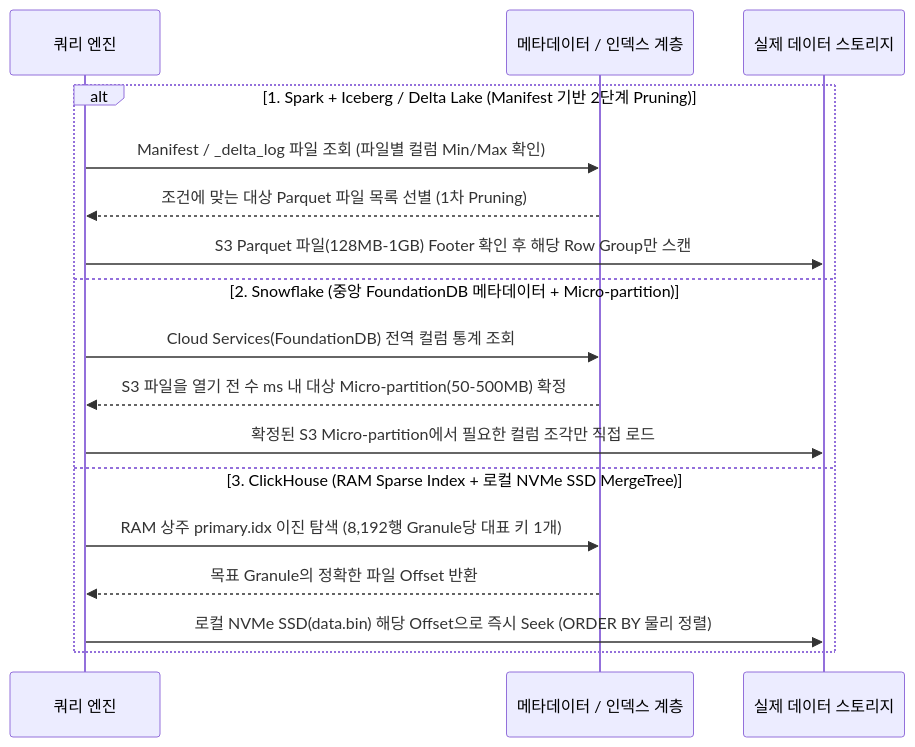
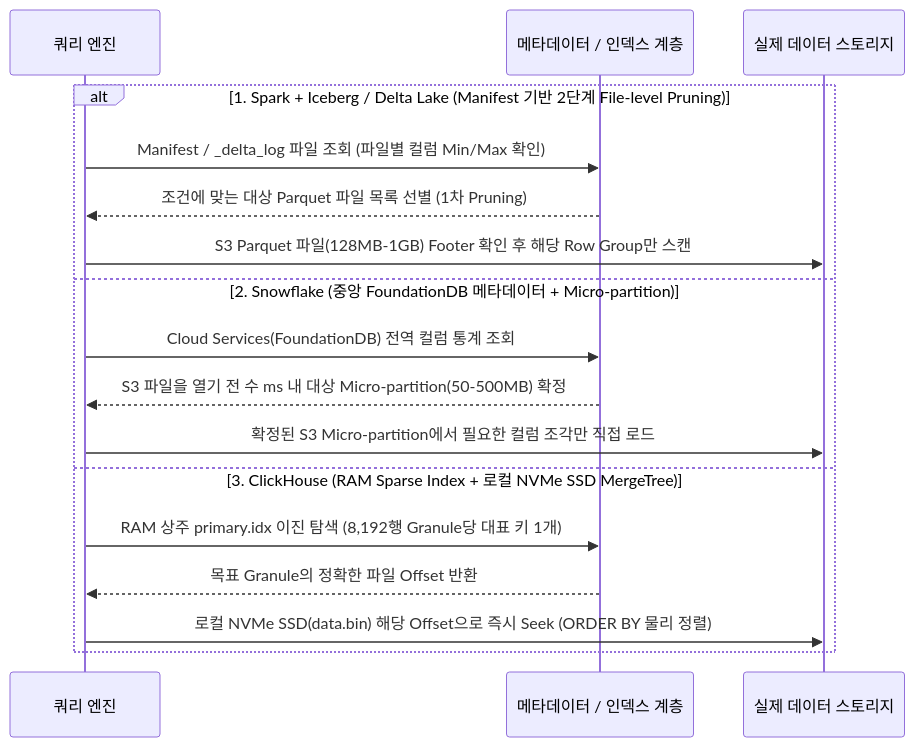
Before and after one commit to djpibo/djpibo.github.io: the eighth of 12 diagrams in docs/dbms/distributed/mapreduce-spark-and-distributed-db-internals.md, drawn with Mermaid. The commit also changed other lines of this file, not shown here.

````diff
--- a/docs/dbms/distributed/mapreduce-spark-and-distributed-db-internals.md
+++ b/docs/dbms/distributed/mapreduce-spark-and-distributed-db-internals.md
@@ -345,20 +372,20 @@
 ```mermaid
 sequenceDiagram
     participant Query as 쿼리 엔진
     participant Meta as 메타데이터 / 인덱스 계층
     participant Disk as 실제 데이터 스토리지
 
-    alt 1. Spark + Iceberg / Delta Lake (Manifest 기반 2단계 Pruning)
+    alt 1. Spark + Iceberg / Delta Lake (Manifest 기반 2단계 File-level Pruning)
         Query->>Meta: Manifest / _delta_log 파일 조회 (파일별 컬럼 Min/Max 확인)
         Meta-->>Query: 조건에 맞는 대상 Parquet 파일 목록 선별 (1차 Pruning)
         Query->>Disk: S3 Parquet 파일(128MB-1GB) Footer 확인 후 해당 Row Group만 스캔
     else 2. Snowflake (중앙 FoundationDB 메타데이터 + Micro-partition)
         Query->>Meta: Cloud Services(FoundationDB) 전역 컬럼 통계 조회
         Meta-->>Query: S3 파일을 열기 전 수 ms 내 대상 Micro-partition(50-500MB) 확정
         Query->>Disk: 확정된 S3 Micro-partition에서 필요한 컬럼 조각만 직접 로드
     else 3. ClickHouse (RAM Sparse Index + 로컬 NVMe SSD MergeTree)
         Query->>Meta: RAM 상주 primary.idx 이진 탐색 (8,192행 Granule당 대표 키 1개)
         Meta-->>Query: 목표 Granule의 정확한 파일 Offset 반환
         Query->>Disk: 로컬 NVMe SSD(data.bin) 해당 Offset으로 즉시 Seek (ORDER BY 물리 정렬)
     end
 ```
````
